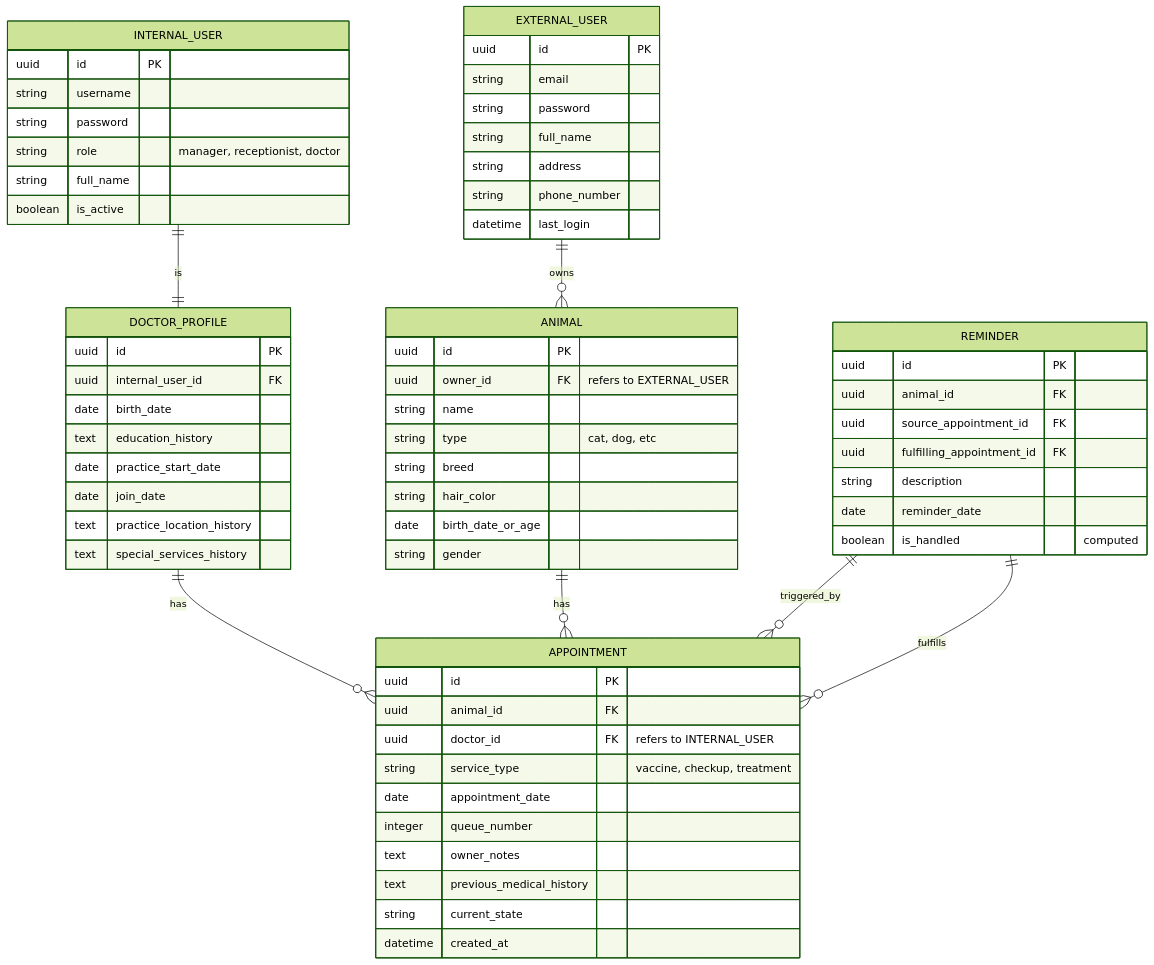
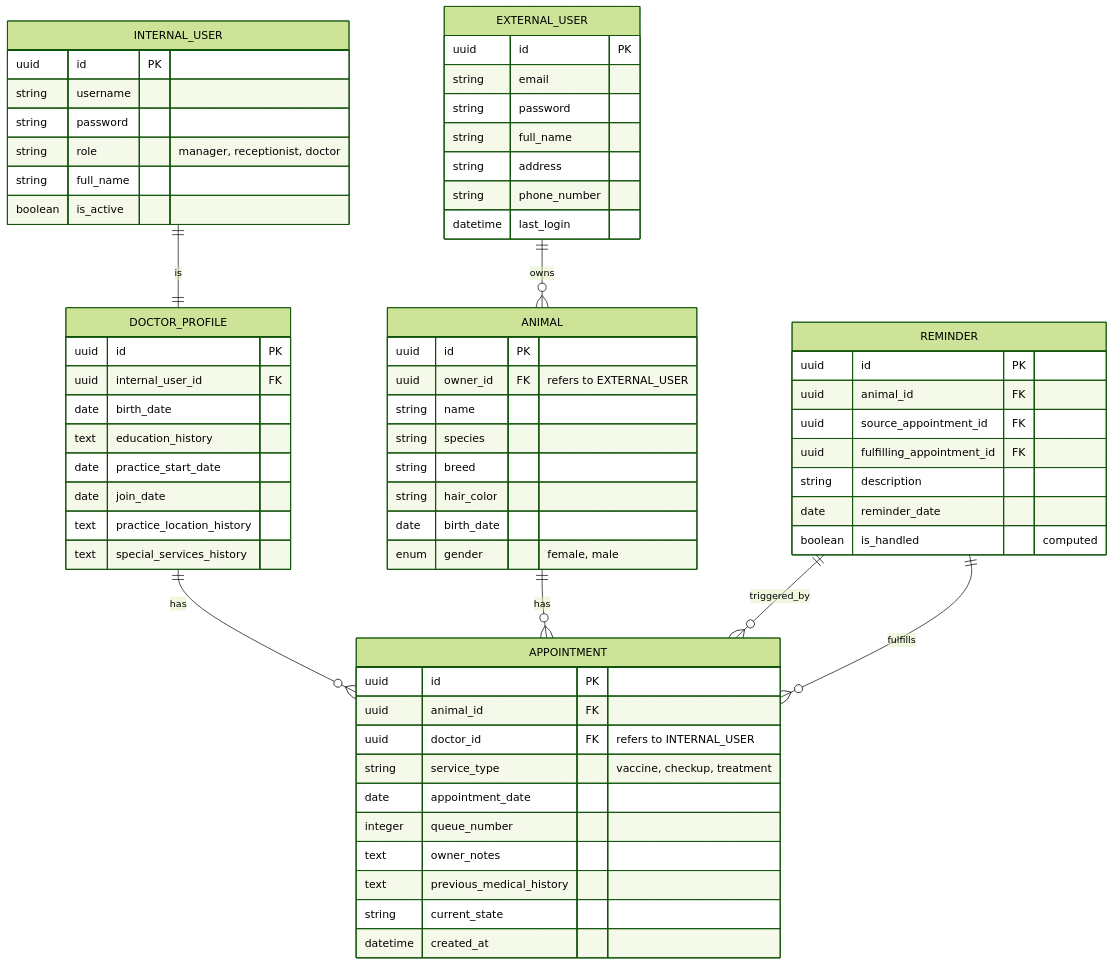
One commit to levirs565/klinik-hewan changed the diagram in DATABASE.md. Above: the diagram before and after it, drawn with Mermaid (forest theme). The commit also changed 8 other files, not shown here.

````diff
--- a/DATABASE.md
+++ b/DATABASE.md
@@ -7,72 +7,72 @@
 ```mermaid
 erDiagram
     EXTERNAL_USER ||--o{ ANIMAL : owns
     EXTERNAL_USER {
         uuid id PK
         string email
         string password
         string full_name
         string address
         string phone_number
         datetime last_login
     }
 
     INTERNAL_USER ||--|| DOCTOR_PROFILE : is
     INTERNAL_USER {
         uuid id PK
         string username
         string password
         string role "manager, receptionist, doctor"
         string full_name
         boolean is_active
     }
 
     DOCTOR_PROFILE ||--o{ APPOINTMENT : has
     DOCTOR_PROFILE {
         uuid id PK
         uuid internal_user_id FK
         date birth_date
         text education_history
         date practice_start_date
         date join_date
         text practice_location_history
         text special_services_history
     }
 
     ANIMAL ||--o{ APPOINTMENT : has
     ANIMAL {
         uuid id PK
         uuid owner_id FK "refers to EXTERNAL_USER"
         string name
-        string type "cat, dog, etc"
+        string species
         string breed
         string hair_color
-        date birth_date_or_age
-        string gender
+        date birth_date
+        enum gender "female, male"
     }
 
     APPOINTMENT {
         uuid id PK
         uuid animal_id FK
         uuid doctor_id FK "refers to INTERNAL_USER"
         string service_type "vaccine, checkup, treatment"
         date appointment_date
         integer queue_number
         text owner_notes
         text previous_medical_history
         string current_state
         datetime created_at
     }
 
     REMINDER ||--o{ APPOINTMENT : triggered_by
     REMINDER ||--o{ APPOINTMENT : fulfills
     REMINDER {
         uuid id PK
         uuid animal_id FK
         uuid source_appointment_id FK
         uuid fulfilling_appointment_id FK
         string description
         date reminder_date
         boolean is_handled "computed"
     }
 ```
````
